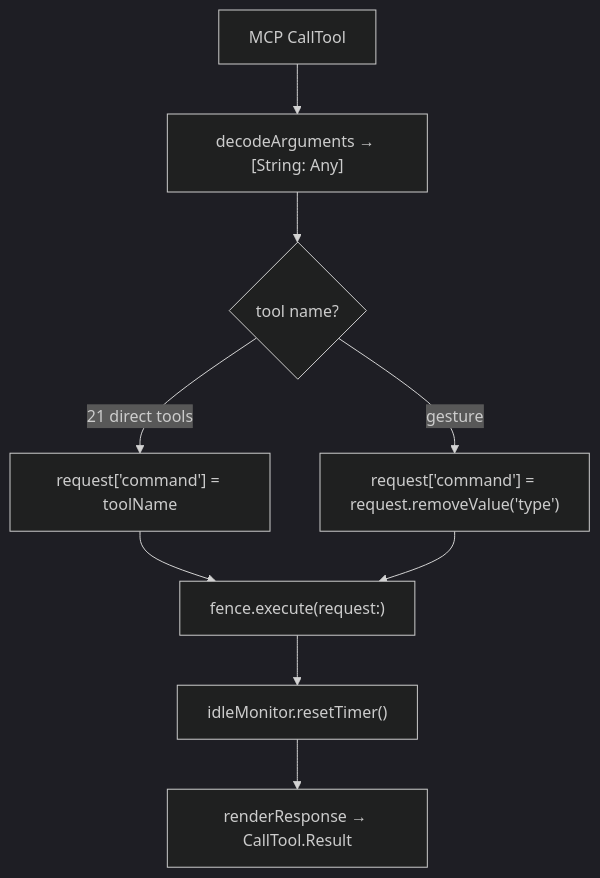
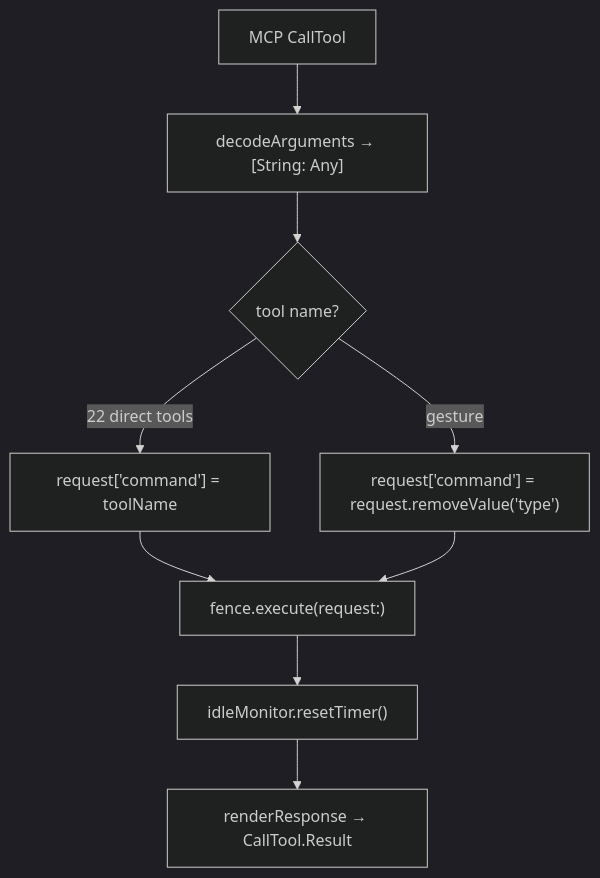
The second of 2 diagrams in docs/dossiers/12-MCP.md (RoyalPineapple/TheButtonHeist), drawn with Mermaid (dark theme) before and after one commit. The commit also changed other lines of this file and 17 other files, not shown here.

````diff
--- a/docs/dossiers/12-MCP.md
+++ b/docs/dossiers/12-MCP.md
@@ -114,13 +115,13 @@
 ```mermaid
 flowchart TD
     Call["MCP CallTool"] --> Decode["decodeArguments → [String: Any]"]
     Decode --> Switch{"tool name?"}
 
-    Switch -->|"21 direct tools"| Direct["request['command'] = toolName"]
+    Switch -->|"22 direct tools"| Direct["request['command'] = toolName"]
     Switch -->|"gesture"| Grouped["request['command'] = request.removeValue('type')"]
 
     Direct --> Execute["fence.execute(request:)"]
     Grouped --> Execute
     Execute --> Reset["idleMonitor.resetTimer()"]
     Reset --> Render["renderResponse → CallTool.Result"]
 ```
````
